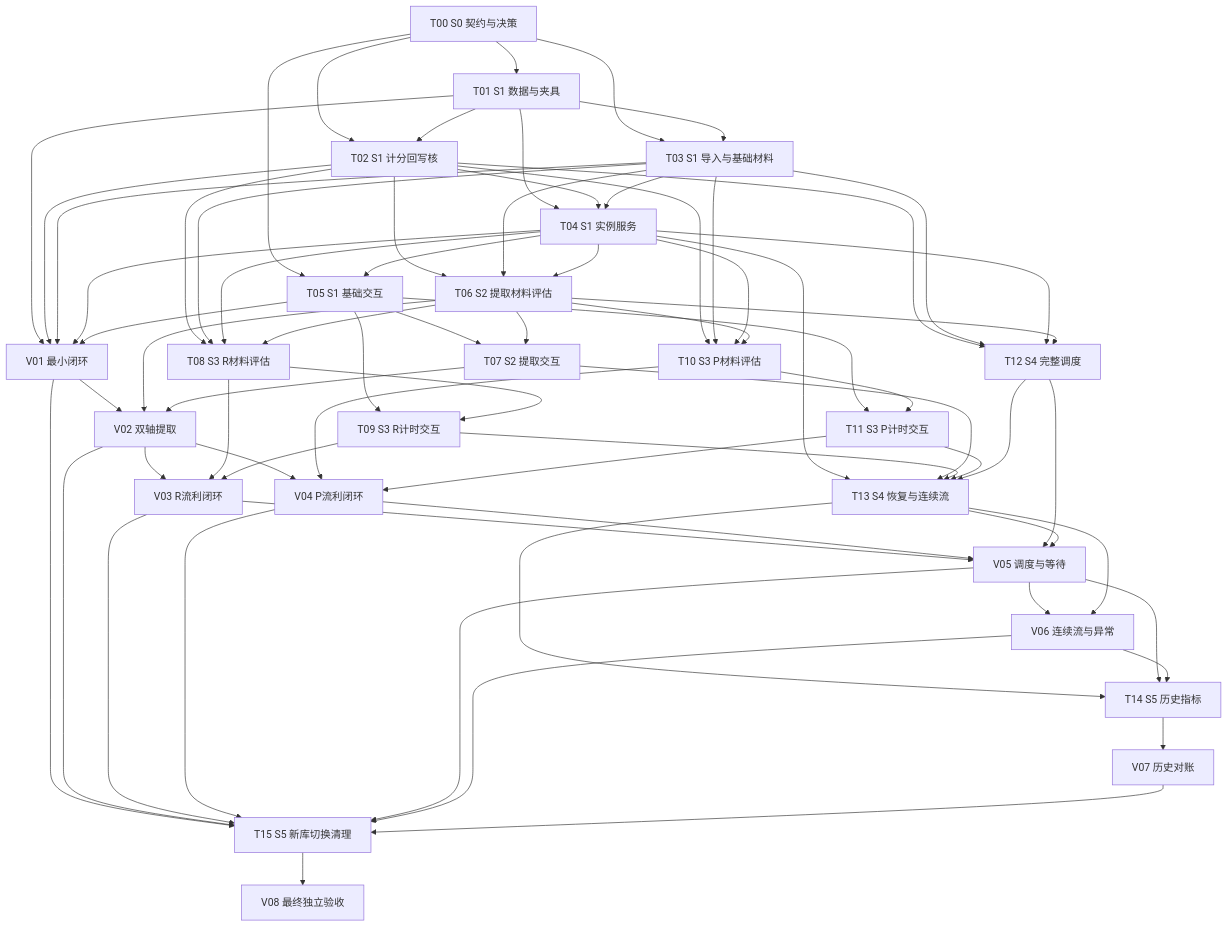
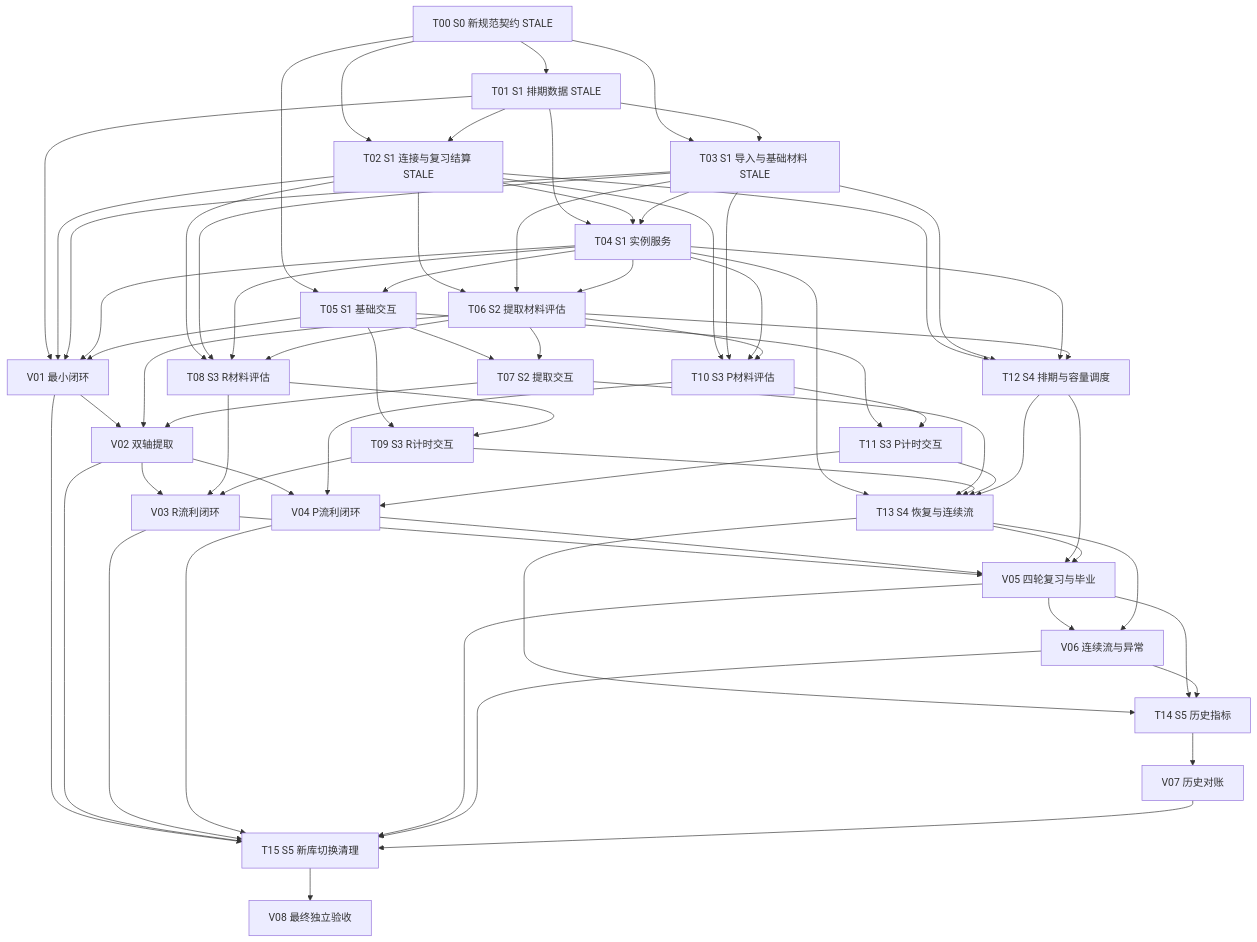
The diagram in docs/task-implementation-new-algorithm.md (logact/flow), drawn with Mermaid before and after one commit. The commit also changed other lines of this file and 32 other files, not shown here.

````diff
--- a/docs/task-implementation-new-algorithm.md
+++ b/docs/task-implementation-new-algorithm.md
@@ -300,9 +328,9 @@
 ```mermaid
 flowchart TD
-  T00["T00 S0 契约与决策"]
-  T01["T01 S1 数据与夹具"]
-  T02["T02 S1 计分回写核"]
-  T03["T03 S1 导入与基础材料"]
+  T00["T00 S0 新规范契约 STALE"]
+  T01["T01 S1 排期数据 STALE"]
+  T02["T02 S1 连接与复习结算 STALE"]
+  T03["T03 S1 导入与基础材料 STALE"]
   T04["T04 S1 实例服务"]
   T05["T05 S1 基础交互"]
   V01["V01 最小闭环"]
@@ -315,9 +343,9 @@
   T11["T11 S3 P计时交互"]
   V03["V03 R流利闭环"]
   V04["V04 P流利闭环"]
-  T12["T12 S4 完整调度"]
+  T12["T12 S4 排期与容量调度"]
   T13["T13 S4 恢复与连续流"]
-  V05["V05 调度与等待"]
+  V05["V05 四轮复习与毕业"]
   V06["V06 连续流与异常"]
   T14["T14 S5 历史指标"]
   V07["V07 历史对账"]
````
